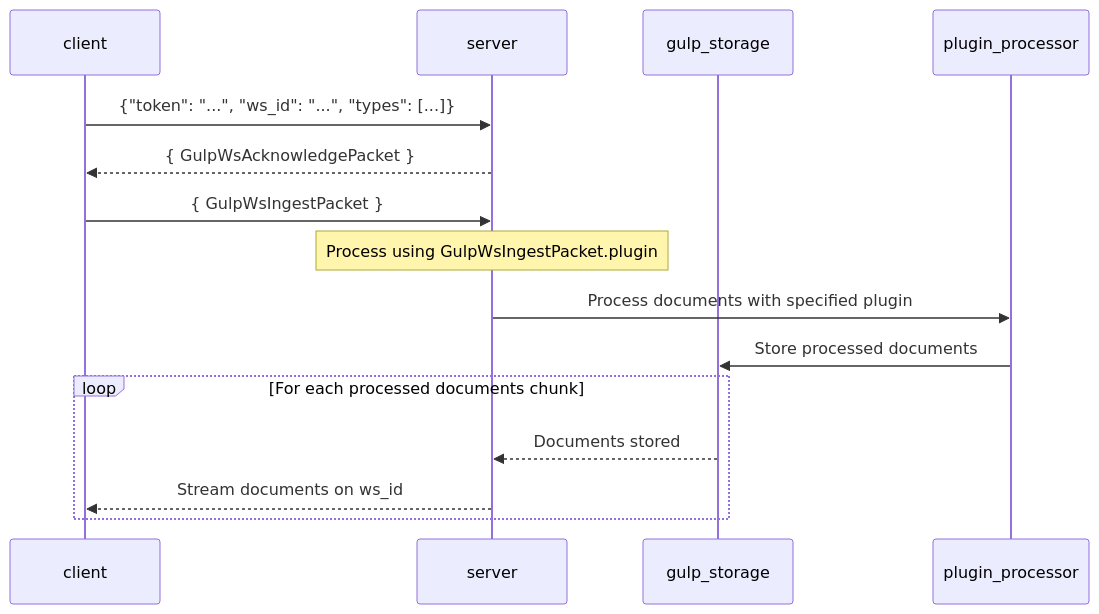
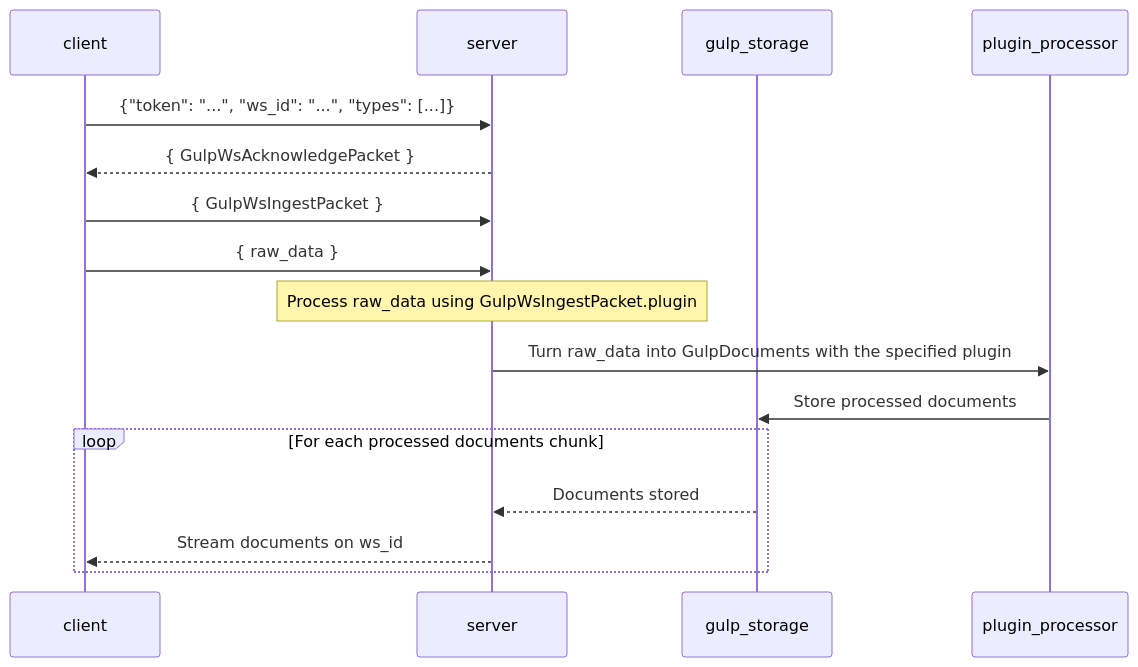
Before and after one commit to mentat-is/gulp: the sixth of 7 diagrams in docs/Architecture.md, drawn with Mermaid. The commit also changed other lines of this file and 13 other files, not shown here.

Commit message:
proper raw ingestion handling both in ingest_raw and in /ws/ingest_raw (NOTE: do not forget to fix paid plugins using ingest_raw endpoint (i.e. Autopsy importer)

````diff
--- a/docs/Architecture.md
+++ b/docs/Architecture.md
@@ -180,21 +181,22 @@
 ```mermaid
 sequenceDiagram
     participant client
     participant server
     participant gulp_storage
     participant plugin_processor
 
     client->>server: {"token": "...", "ws_id": "...", "types": [...]}
     server-->>client: { GulpWsAcknowledgePacket }
     
     client->>server: { GulpWsIngestPacket }
+    client->>server: { raw_data }
     
-    Note over server: Process using GulpWsIngestPacket.plugin
-    server->>plugin_processor: Process documents with specified plugin
+    Note over server: Process raw_data using GulpWsIngestPacket.plugin
+    server->>plugin_processor: Turn raw_data into GulpDocuments with the specified plugin
     plugin_processor->>gulp_storage: Store processed documents
     
     loop For each processed documents chunk
         gulp_storage-->>server: Documents stored
         server-->>client: Stream documents on ws_id
     end
 ```
````
